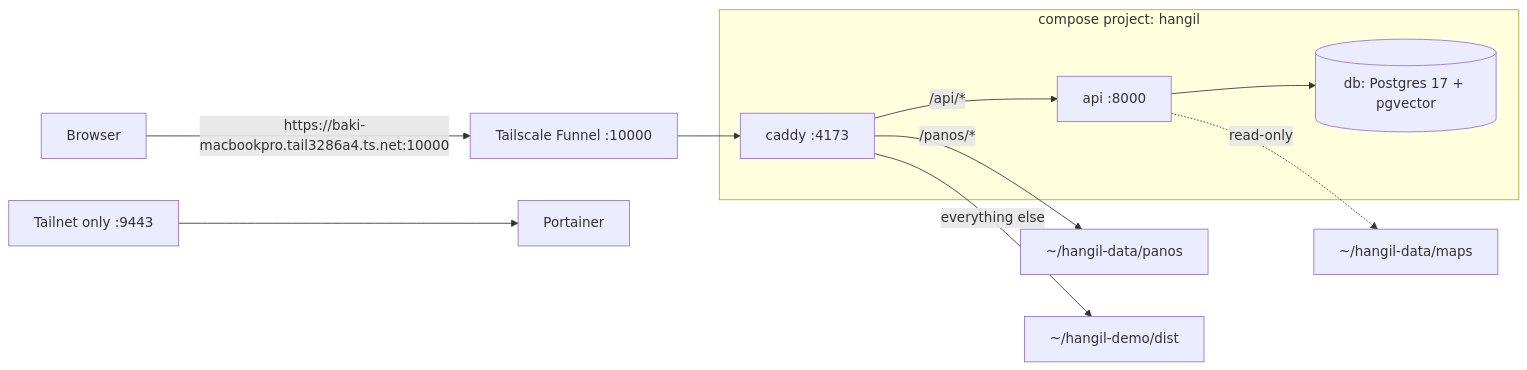
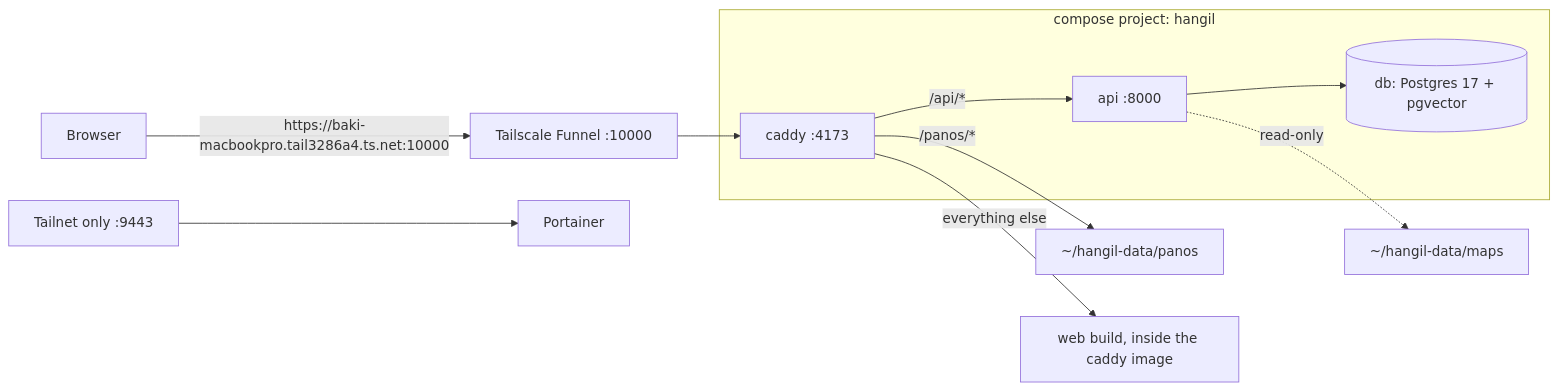
One commit to team-onetruck/oneload-infra changed the diagram in README.md. Above: the diagram before and after it, drawn with Mermaid. The commit also changed other lines of this file and 3 other files, not shown here.

First line of the commit message:
Build the web client into the caddy image on every deploy

````diff
--- a/README.md
+++ b/README.md
@@ -7,13 +7,13 @@
 ```mermaid
 flowchart LR
     U["Browser"] -->|"https://baki-macbookpro.tail3286a4.ts.net:10000"| F["Tailscale Funnel :10000"]
     F --> C
     subgraph hangil["compose project: hangil"]
         C["caddy :4173"] -->|"/api/*"| A["api :8000"]
         A --> P[("db: Postgres 17 + pgvector")]
     end
     C -->|"/panos/*"| D["~/hangil-data/panos"]
-    C -->|"everything else"| W["~/hangil-demo/dist"]
+    C -->|"everything else"| W["web build, inside the caddy image"]
     A -.->|"read-only"| M["~/hangil-data/maps"]
     T["Tailnet only :9443"] --> PT["Portainer"]
 ```
````
